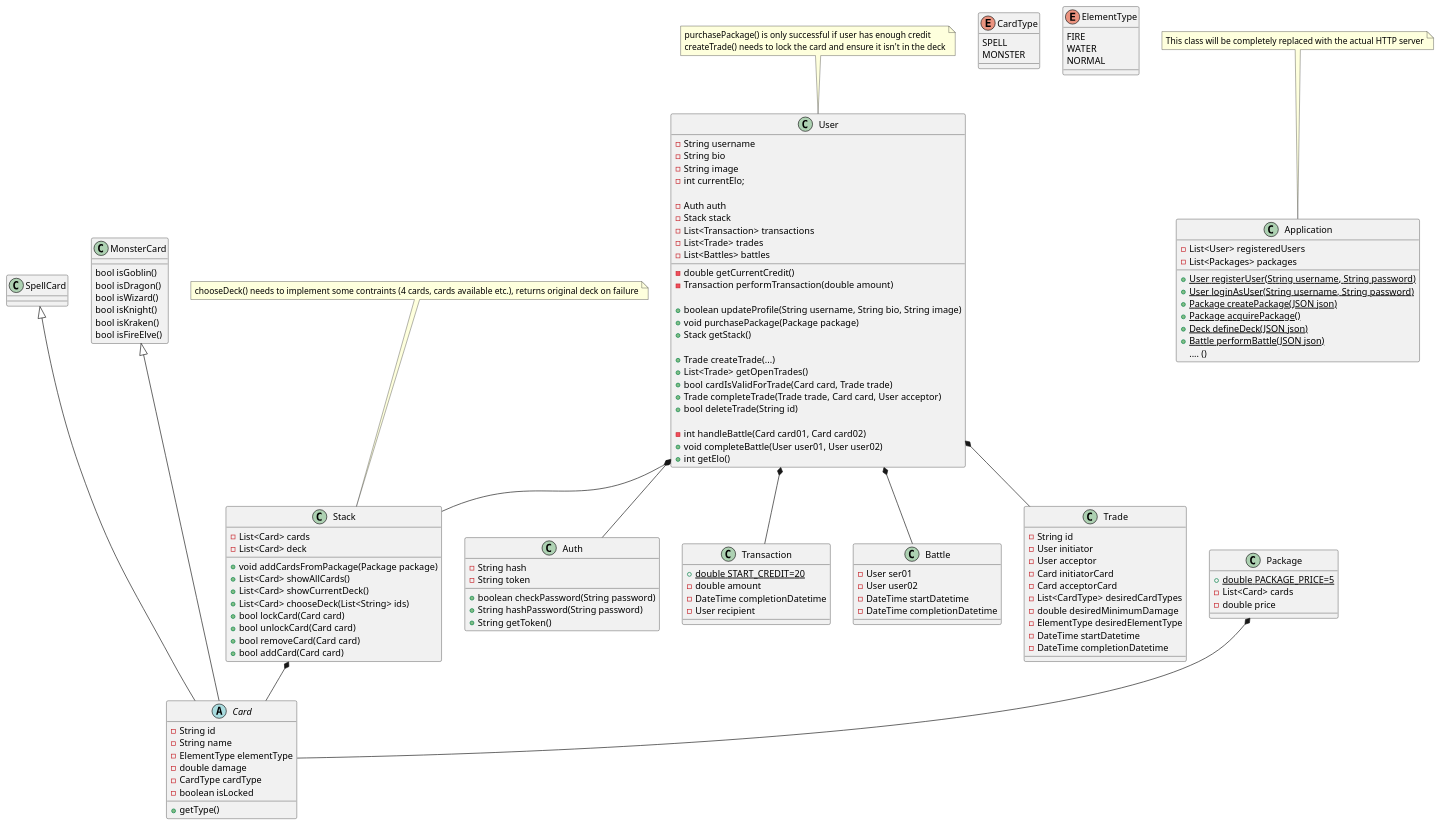
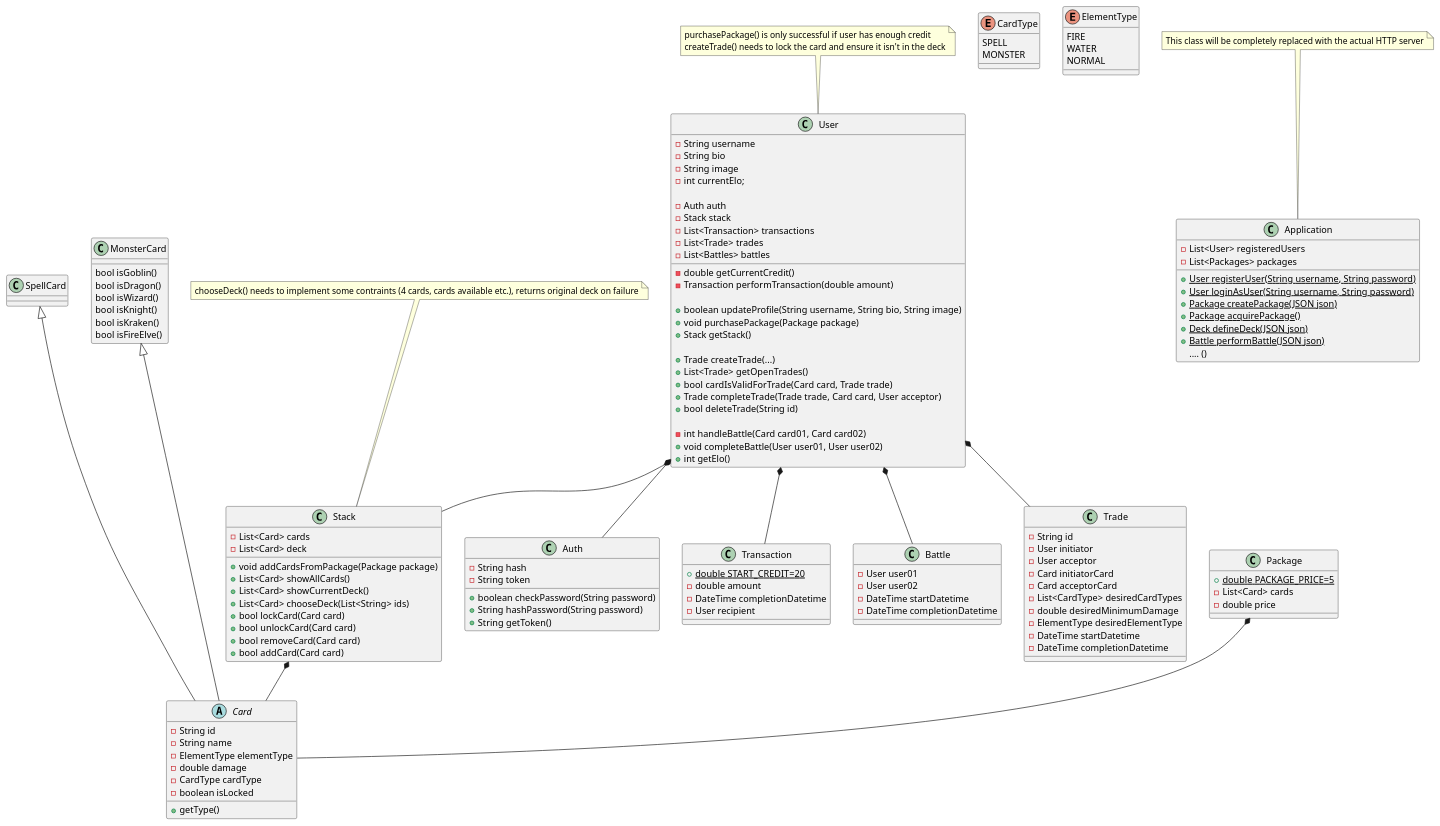
One commit to JosipDomazetDev/MTCG changed the diagram in mtcg.puml. Above: the diagram before and after it, drawn with PlantUML.

```diff
--- a/mtcg.puml
+++ b/mtcg.puml
@@ -1,163 +1,163 @@
 @startuml
 'https//plantuml.com/class-diagram
 
 
 SpellCard <|--- Card
 MonsterCard <|--- Card
 User *-- Auth
 User *-- Stack
 User *-- Transaction
 User *-- Battle
 User *-- Trade
 Stack *-- Card
 Package *-- Card
 
 enum CardType{
 SPELL
 MONSTER
 }
 
 enum ElementType{
 FIRE
 WATER
 NORMAL
 }
 
 
 class Package {
 ' Length is going to be fixed (5)
 + {static} double PACKAGE_PRICE=5
 - List<Card> cards
 ' price is going to be fixed (5)
 - double price
 }
 
 abstract class Card {
   - String id
   - String name
   - ElementType elementType 
   - double damage 
   - CardType cardType  
   - boolean isLocked  
  +getType()
 }
 
 class SpellCard {
 
 }
 
 class MonsterCard {
     bool isGoblin()
     bool isDragon()
     bool isWizard()
     bool isKnight()
     bool isKraken()
     bool isFireElve()
 }
 
 
 class Transaction {
 + {static} double START_CREDIT=20
 - double amount 
 - DateTime completionDatetime 
 - User recipient 
 }
 
 
 note "purchasePackage() is only successful if user has enough credit\ncreateTrade() needs to lock the card and ensure it isn't in the deck" as U1
 U1 .. User
 
 note "chooseDeck() needs to implement some contraints (4 cards, cards available etc.), returns original deck on failure" as S1
 S1 .. Stack
 
 note "This class will be completely replaced with the actual HTTP server" as A1
 A1 .. Application
 
 class Stack {
 - List<Card> cards
 ' Length is going to be fixed (4)
 - List<Card> deck
 + void addCardsFromPackage(Package package)
 + List<Card> showAllCards()
 + List<Card> showCurrentDeck()
 + List<Card> chooseDeck(List<String> ids)
 + bool lockCard(Card card)
 + bool unlockCard(Card card)
 + bool removeCard(Card card)
 + bool addCard(Card card)
 }
 
 class Trade {
 - String id 
 - User initiator 
 - User acceptor 
 - Card initiatorCard 
 - Card acceptorCard 
 - List<CardType> desiredCardTypes 
 - double desiredMinimumDamage 
 - ElementType desiredElementType 
 - DateTime startDatetime 
 - DateTime completionDatetime 
 }
 
 
 class Auth {
 -String hash 
 -String token 
 +boolean checkPassword(String password)
 +String hashPassword(String password)
 +String getToken()
 }
 
 class User {
 -String username
 -String bio
 -String image
 - int currentElo;
 
 -Auth auth
 - Stack stack
 - List<Transaction> transactions
 - List<Trade> trades
 - List<Battles> battles
 
 -double getCurrentCredit()
 -Transaction performTransaction(double amount)
 
 +boolean updateProfile(String username, String bio, String image)
 +void purchasePackage(Package package)
 +Stack getStack()
 
 +Trade createTrade(...)
 +List<Trade> getOpenTrades()
 +bool cardIsValidForTrade(Card card, Trade trade)
 +Trade completeTrade(Trade trade, Card card, User acceptor)
 +bool deleteTrade(String id)
 
 ' 0 - draw, 1: card01 won, -1: card02 won
 - int handleBattle(Card card01, Card card02)
 + void completeBattle(User user01, User user02)
 + int getElo()
 
 }
 
 class Application {
 - List<User> registeredUsers
 - List<Packages> packages
 +  {static} User registerUser(String username, String password)
 +  {static} User loginAsUser(String username, String password)
 +  {static} Package createPackage(JSON json)
 +  {static} Package acquirePackage()
 +  {static} Deck defineDeck(JSON json)
 +  {static} Battle performBattle(JSON json)
 .... ()
 }
 
 
 class Battle {
-- User ser01
+- User user01
 - User user02
 - DateTime startDatetime
 - DateTime completionDatetime
 }
 @enduml
```
